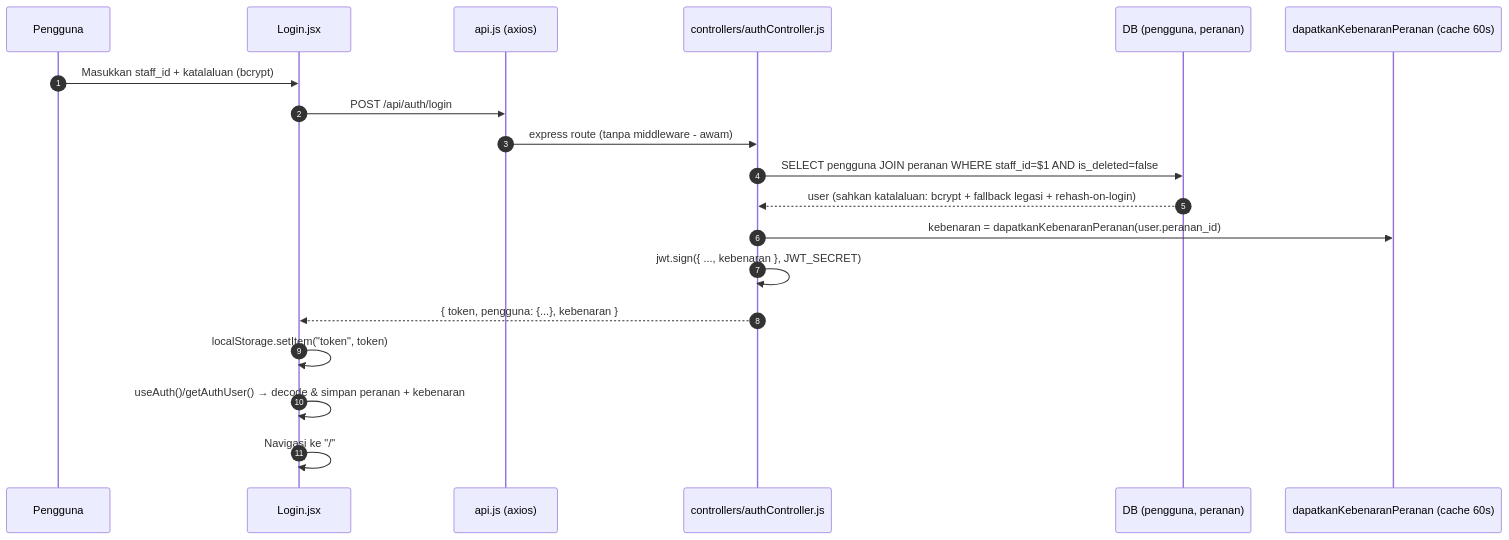
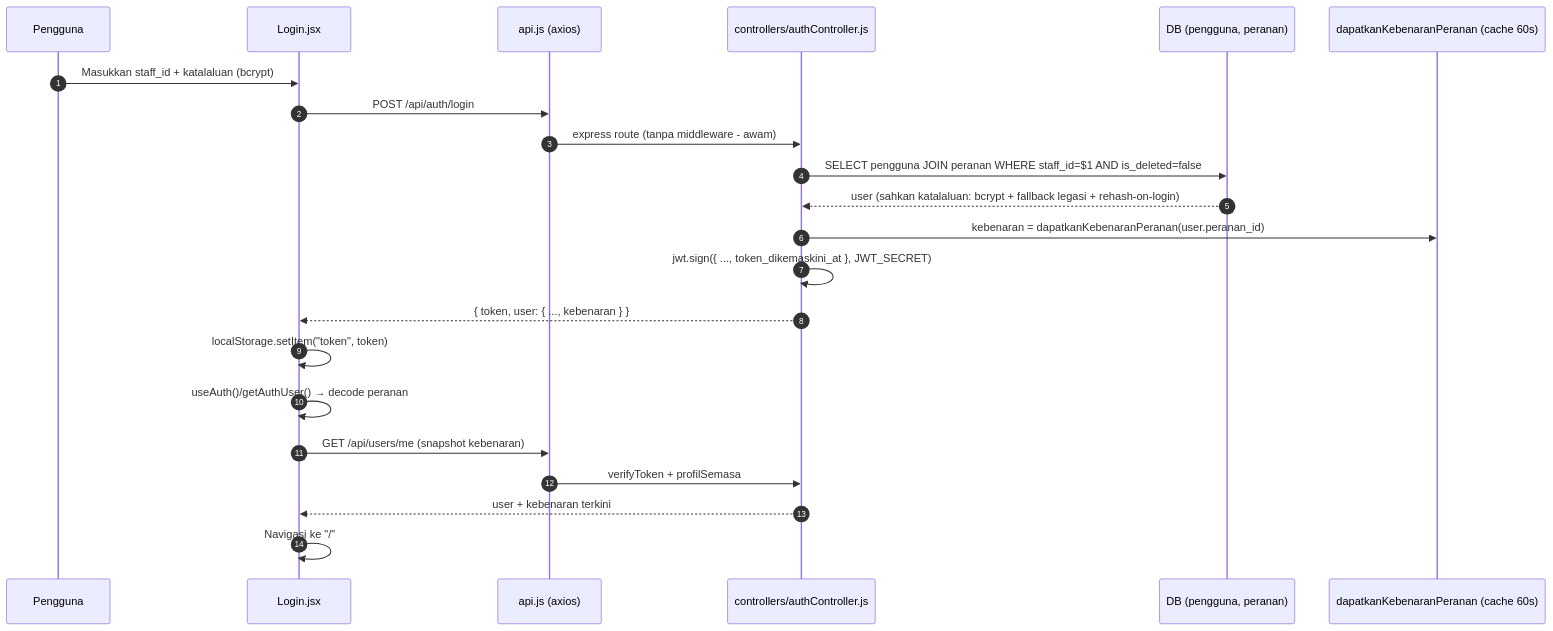
Before and after one commit to aimaniss/RiskManagementSystem: the first of 2 diagrams in docs/pipeline/01-auth-rbac.md, drawn with Mermaid. The commit also changed other lines of this file and 8 other files, not shown here.

````diff
--- a/docs/pipeline/01-auth-rbac.md
+++ b/docs/pipeline/01-auth-rbac.md
@@ -13,22 +13,25 @@
 ```mermaid
 sequenceDiagram
   autonumber
   participant U as Pengguna
   participant L as Login.jsx
   participant A as api.js (axios)
   participant C as controllers/authController.js
   participant D as DB (pengguna, peranan)
   participant K as dapatkanKebenaranPeranan (cache 60s)
 
   U->>L: Masukkan staff_id + katalaluan (bcrypt)
   L->>A: POST /api/auth/login
   A->>C: express route (tanpa middleware - awam)
   C->>D: SELECT pengguna JOIN peranan WHERE staff_id=$1 AND is_deleted=false
   D-->>C: user (sahkan katalaluan: bcrypt + fallback legasi + rehash-on-login)
   C->>K: kebenaran = dapatkanKebenaranPeranan(user.peranan_id)
-  C->>C: jwt.sign({ ..., kebenaran }, JWT_SECRET)
-  C-->>L: { token, pengguna: {...}, kebenaran }
+  C->>C: jwt.sign({ ..., token_dikemaskini_at }, JWT_SECRET)
+  C-->>L: { token, user: { ..., kebenaran } }
   L->>L: localStorage.setItem("token", token)
-  L->>L: useAuth()/getAuthUser() → decode & simpan peranan + kebenaran
+  L->>L: useAuth()/getAuthUser() → decode peranan
+  L->>A: GET /api/users/me (snapshot kebenaran)
+  A->>C: verifyToken + profilSemasa
+  C-->>L: user + kebenaran terkini
   L->>L: Navigasi ke "/"
 ```
````
